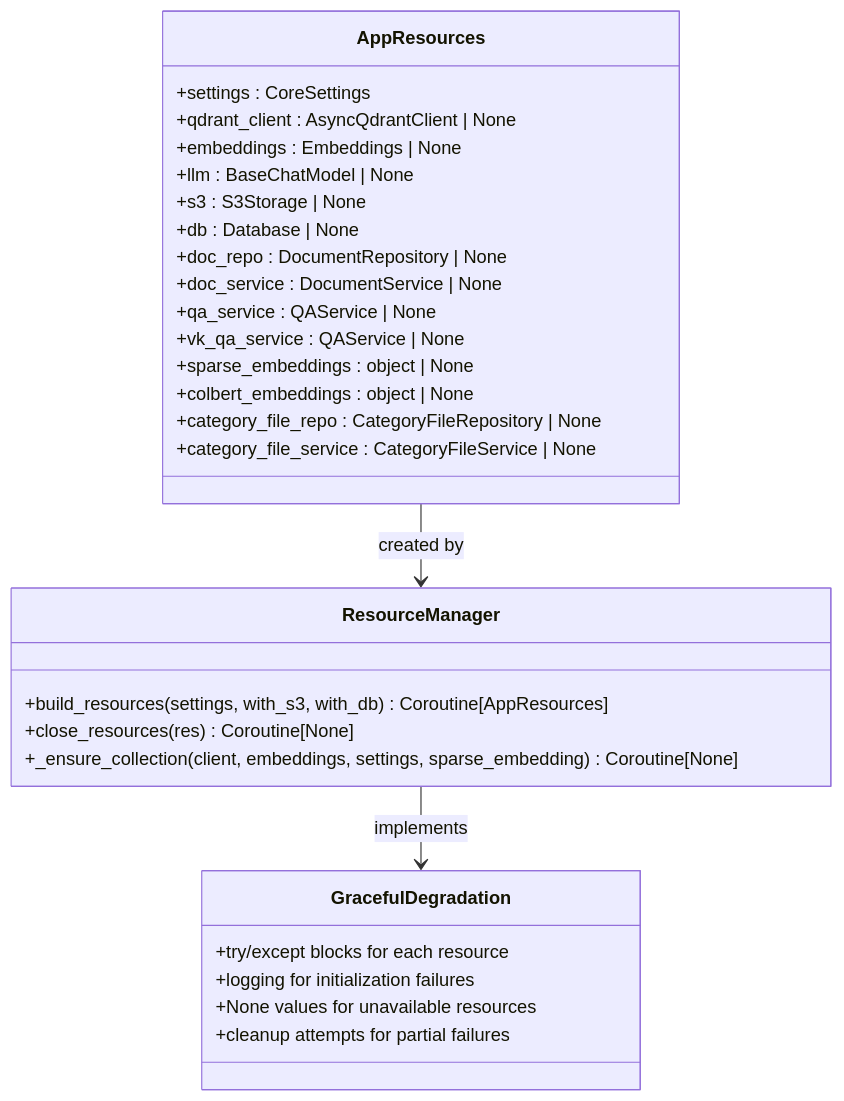
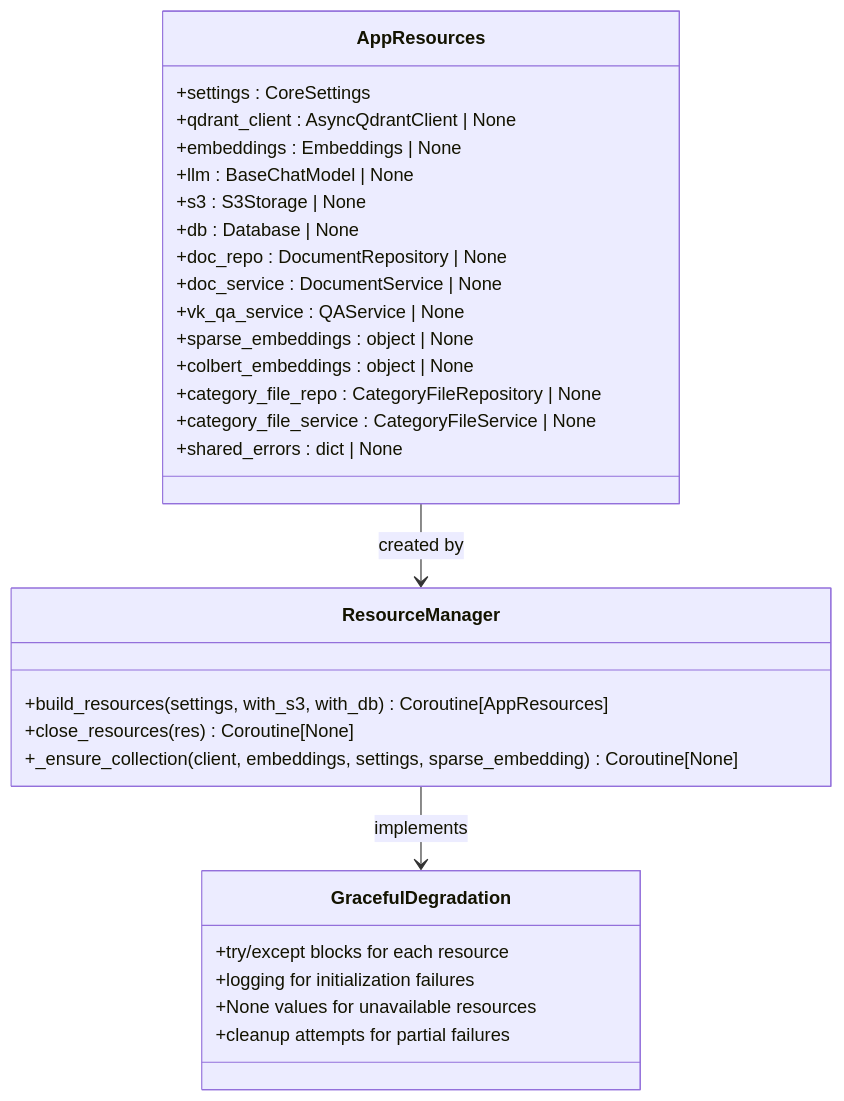
One commit to ognelis/cafetera_hr_bot changed diagram 26 of 35 in .qoder/repowiki/en/content/VK Integration/VK Integration.md. Above: the diagram before and after it, drawn with Mermaid. The commit also changed other lines of this file and 51 other files, not shown here.

````diff
--- a/.qoder/repowiki/en/content/VK Integration/VK Integration.md
+++ b/.qoder/repowiki/en/content/VK Integration/VK Integration.md
@@ -1056,32 +1373,32 @@
 ```mermaid
 classDiagram
 class AppResources {
 +settings : CoreSettings
 +qdrant_client : AsyncQdrantClient | None
 +embeddings : Embeddings | None
 +llm : BaseChatModel | None
 +s3 : S3Storage | None
 +db : Database | None
 +doc_repo : DocumentRepository | None
 +doc_service : DocumentService | None
-+qa_service : QAService | None
 +vk_qa_service : QAService | None
 +sparse_embeddings : object | None
 +colbert_embeddings : object | None
 +category_file_repo : CategoryFileRepository | None
 +category_file_service : CategoryFileService | None
++shared_errors : dict | None
 }
 class ResourceManager {
 +build_resources(settings, with_s3, with_db) Coroutine[AppResources]
 +close_resources(res) Coroutine[None]
 +_ensure_collection(client, embeddings, settings, sparse_embedding) Coroutine[None]
 }
 class GracefulDegradation {
 +try/except blocks for each resource
 +logging for initialization failures
 +None values for unavailable resources
 +cleanup attempts for partial failures
 }
 AppResources --> ResourceManager : created by
 ResourceManager --> GracefulDegradation : implements
 ```
````
